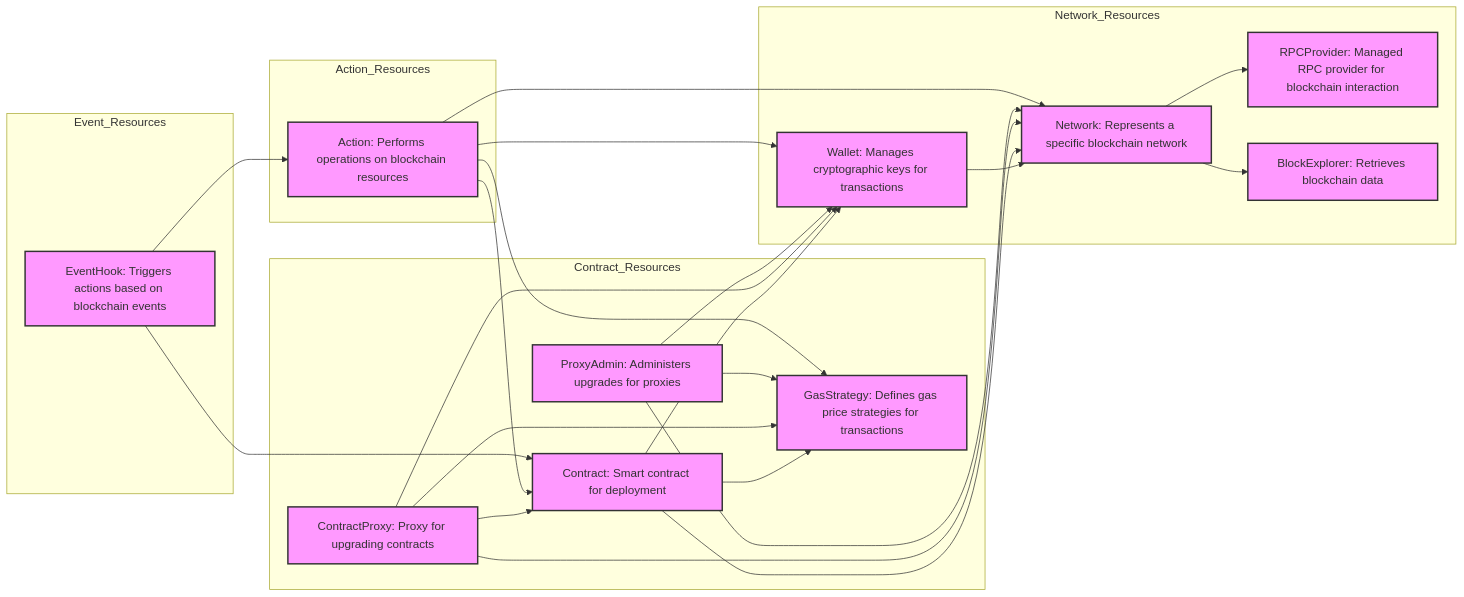
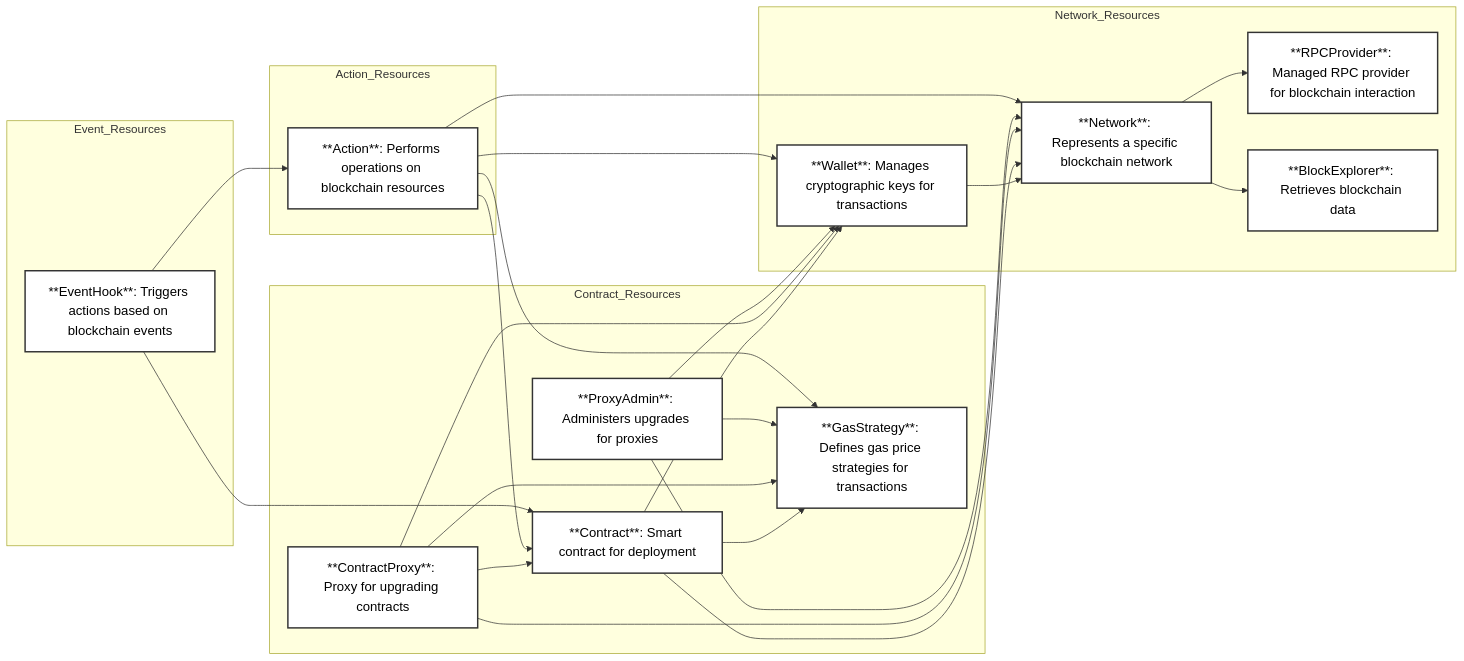
Before and after one commit to expedio-blockchain/Kontract: the diagram in README.md, drawn with Mermaid.

Commit message:
add diagram

````diff
--- a/README.md
+++ b/README.md
@@ -23,37 +23,38 @@
 ```mermaid
 graph LR
-    %% Define the style for better looking arrows
-    classDef default fill:#f9f,stroke:#333,stroke-width:2px;
+    %% Define the style for better looking arrows and text
+    classDef default fill:#f9f,stroke:#333,stroke-width:2px,font-size:16px;
+    classDef readable fill:#ffffff,stroke:#333,stroke-width:2px,font-size:18px,color:#000;
 
-    %% Grouping related resources in subgraphs
+    %% Grouping related resources in subgraphs with enhanced readability
     subgraph Network_Resources
-        Network["Network: Represents a specific blockchain network"] --> RPCProvider["RPCProvider: Managed RPC provider for blockchain interaction"]
-        Network --> BlockExplorer["BlockExplorer: Retrieves blockchain data"]
-        Wallet["Wallet: Manages cryptographic keys for transactions"] --> Network
+        Network["**Network**: Represents a specific blockchain network"]:::readable --> RPCProvider["**RPCProvider**: Managed RPC provider for blockchain interaction"]:::readable
+        Network --> BlockExplorer["**BlockExplorer**: Retrieves blockchain data"]:::readable
+        Wallet["**Wallet**: Manages cryptographic keys for transactions"]:::readable --> Network
     end
 
     subgraph Contract_Resources
-        Contract["Contract: Smart contract for deployment"] --> Network
+        Contract["**Contract**: Smart contract for deployment"]:::readable --> Network
         Contract --> Wallet
-        Contract --> GasStrategy["GasStrategy: Defines gas price strategies for transactions"]
-        ContractProxy["ContractProxy: Proxy for upgrading contracts"] --> Network
+        Contract --> GasStrategy["**GasStrategy**: Defines gas price strategies for transactions"]:::readable
+        ContractProxy["**ContractProxy**: Proxy for upgrading contracts"]:::readable --> Network
         ContractProxy --> Wallet
         ContractProxy --> Contract
         ContractProxy --> GasStrategy
-        ProxyAdmin["ProxyAdmin: Administers upgrades for proxies"] --> Network
+        ProxyAdmin["**ProxyAdmin**: Administers upgrades for proxies"]:::readable --> Network
         ProxyAdmin --> Wallet
         ProxyAdmin --> GasStrategy
     end
 
     subgraph Action_Resources
-        Action["Action: Performs operations on blockchain resources"] --> Contract
+        Action["**Action**: Performs operations on blockchain resources"]:::readable --> Contract
         Action --> Network
         Action --> Wallet
         Action --> GasStrategy
     end
 
     subgraph Event_Resources
-        EventHook["EventHook: Triggers actions based on blockchain events"] --> Action
+        EventHook["**EventHook**: Triggers actions based on blockchain events"]:::readable --> Action
         EventHook --> Contract
     end
 ```
````
